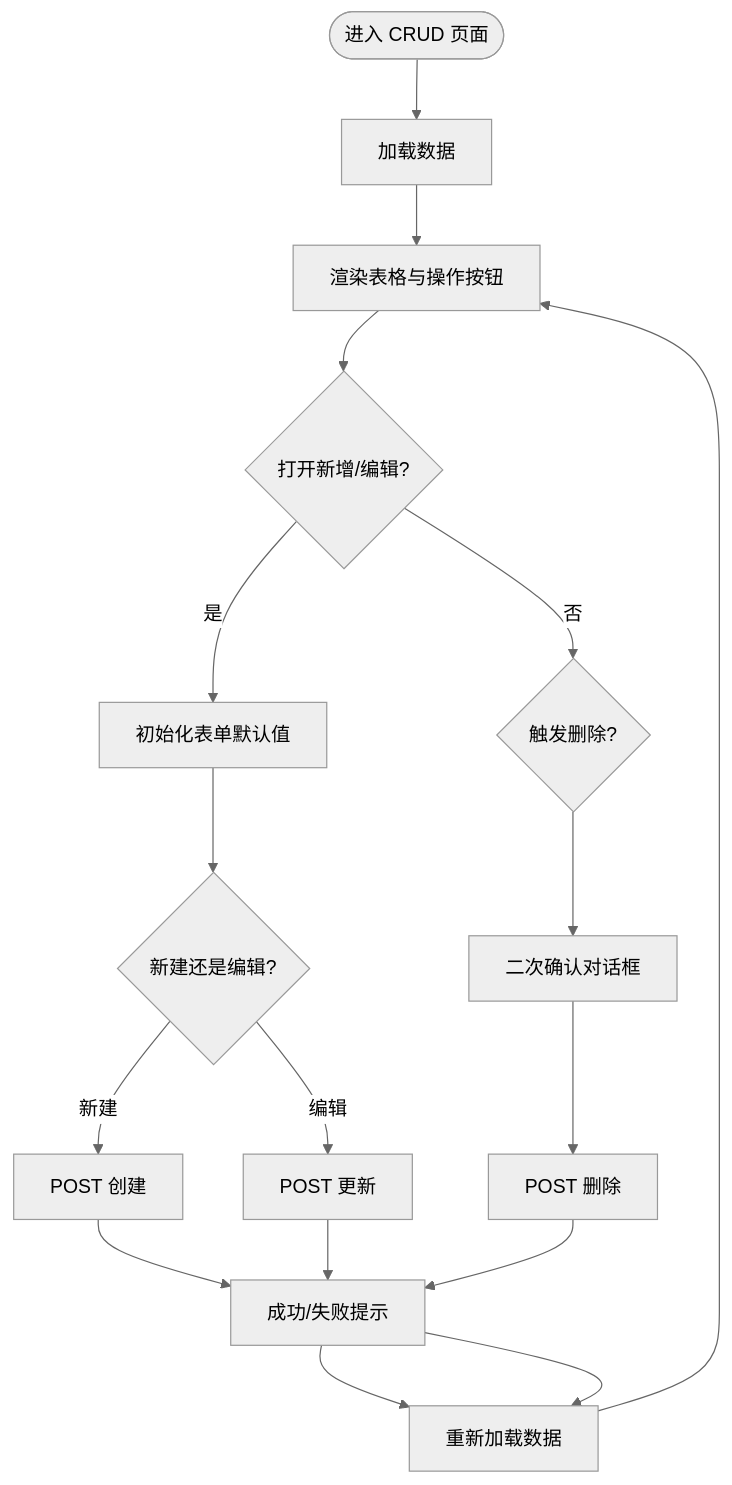
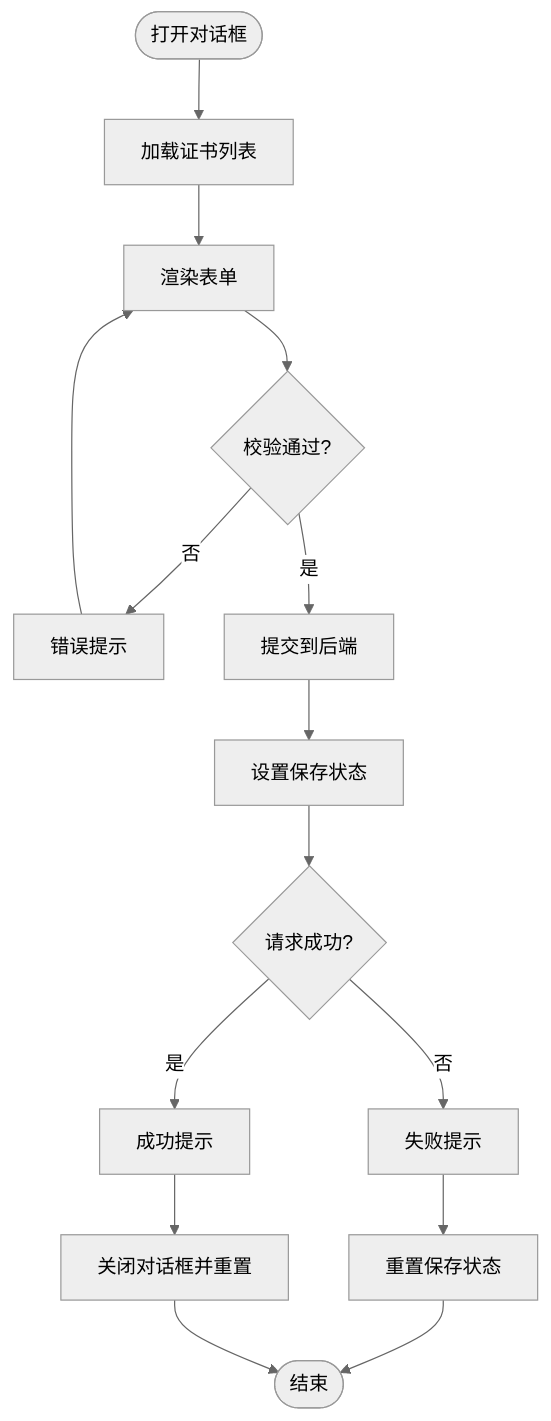
The eighth of 9 diagrams in docs/前端管理界面/组件设计模式/组件设计模式.md (x01n/My-OpenWaf), drawn with Mermaid (neutral theme) before and after one commit. The commit also changed other lines of this file and 199 other files, not shown here.

````diff
--- a/docs/前端管理界面/组件设计模式/组件设计模式.md
+++ b/docs/前端管理界面/组件设计模式/组件设计模式.md
@@ -177,19 +364,17 @@
 ```mermaid
 flowchart TD
-Start(["进入 CRUD 页面"]) --> Load["加载数据"]
-Load --> Render["渲染表格与操作按钮"]
-Render --> OpenNew{"打开新增/编辑?"}
-OpenNew --> |是| InitForm["初始化表单默认值"]
-InitForm --> FormType{"新建还是编辑?"}
-FormType --> |新建| SaveNew["POST 创建"]
-FormType --> |编辑| SaveEdit["POST 更新"]
-SaveNew --> Feedback["成功/失败提示"]
-SaveEdit --> Feedback
-Feedback --> Reload["重新加载数据"]
-Reload --> Render
-OpenNew --> |否| Delete{"触发删除?"}
-Delete --> Confirm["二次确认对话框"]
-Confirm --> Del["POST 删除"]
-Del --> Feedback
-Feedback --> Reload
+Start(["打开对话框"]) --> LoadCerts["加载证书列表"]
+LoadCerts --> RenderForm["渲染表单"]
+RenderForm --> Validate{"校验通过?"}
+Validate --> |否| ToastErr["错误提示"]
+ToastErr --> RenderForm
+Validate --> |是| Submit["提交到后端"]
+Submit --> SaveState["设置保存状态"]
+SaveState --> Resp{"请求成功?"}
+Resp --> |否| ToastFail["失败提示"]
+ToastFail --> Reset["重置保存状态"]
+Resp --> |是| ToastOk["成功提示"]
+ToastOk --> Close["关闭对话框并重置"]
+Reset --> End(["结束"])
+Close --> End
 ```
````
